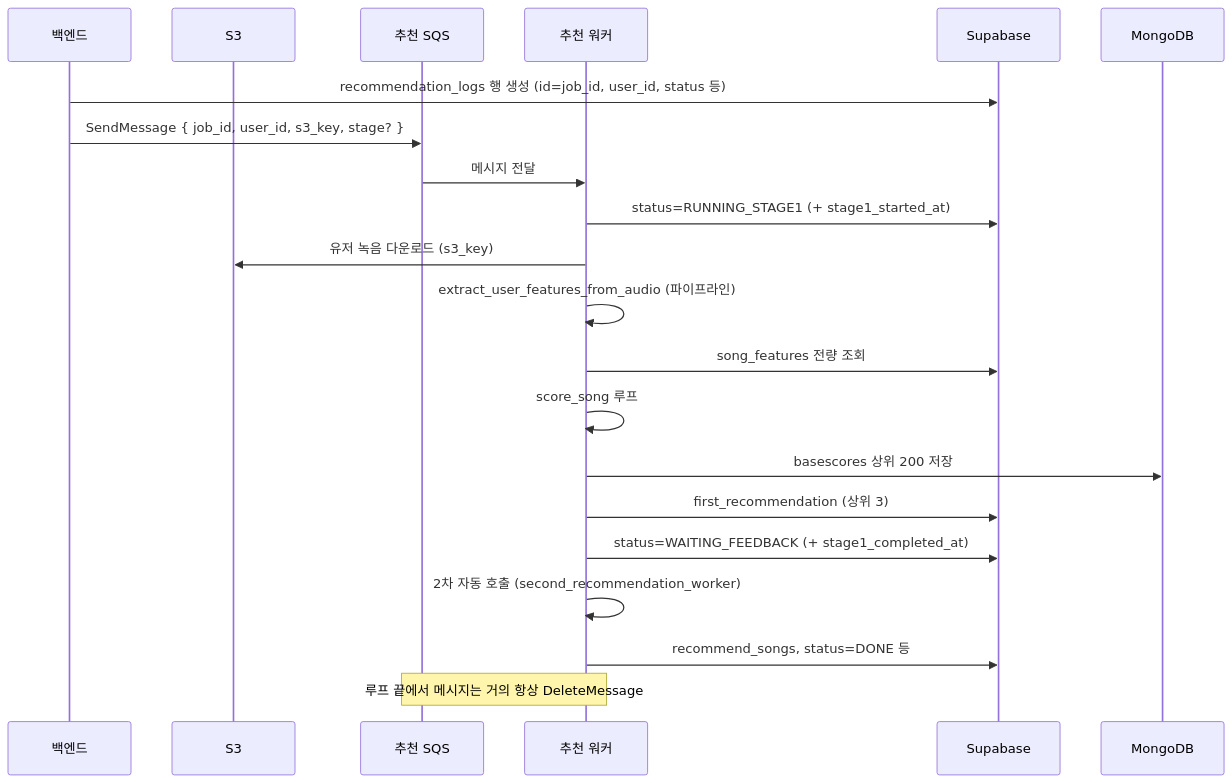
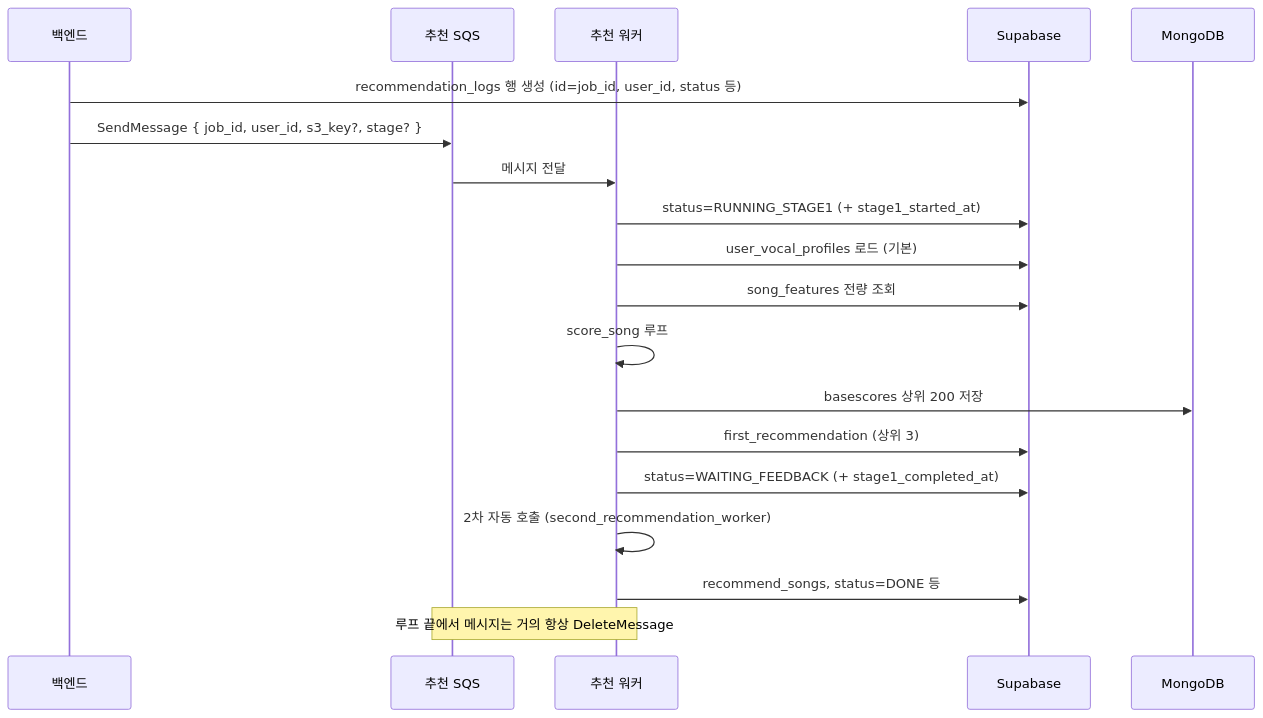
One commit to Ewha-Capstone-Design/SINGCHRONIZE changed the second of 3 diagrams in ai/docs/BACKEND_ASYNC_PIPELINES.md. Above: the diagram before and after it, drawn with Mermaid. The commit also changed other lines of this file, not shown here.

````diff
--- a/ai/docs/BACKEND_ASYNC_PIPELINES.md
+++ b/ai/docs/BACKEND_ASYNC_PIPELINES.md
@@ -75,24 +119,22 @@
 ```mermaid
 sequenceDiagram
   participant BE as 백엔드
-  participant S3 as S3
   participant Qr as 추천 SQS
   participant Wr as 추천 워커
   participant SB as Supabase
   participant MG as MongoDB
 
   BE->>SB: recommendation_logs 행 생성 (id=job_id, user_id, status 등)
-  BE->>Qr: SendMessage { job_id, user_id, s3_key, stage? }
+  BE->>Qr: SendMessage { job_id, user_id, s3_key?, stage? }
   Qr->>Wr: 메시지 전달
   Wr->>SB: status=RUNNING_STAGE1 (+ stage1_started_at)
-  Wr->>S3: 유저 녹음 다운로드 (s3_key)
-  Wr->>Wr: extract_user_features_from_audio (파이프라인)
+  Wr->>SB: user_vocal_profiles 로드 (기본)
   Wr->>SB: song_features 전량 조회
   Wr->>Wr: score_song 루프
   Wr->>MG: basescores 상위 200 저장
   Wr->>SB: first_recommendation (상위 3)
   Wr->>SB: status=WAITING_FEEDBACK (+ stage1_completed_at)
   Wr->>Wr: 2차 자동 호출 (second_recommendation_worker)
   Wr->>SB: recommend_songs, status=DONE 등
   Note over Wr,Qr: 루프 끝에서 메시지는 거의 항상 DeleteMessage
 ```
````
